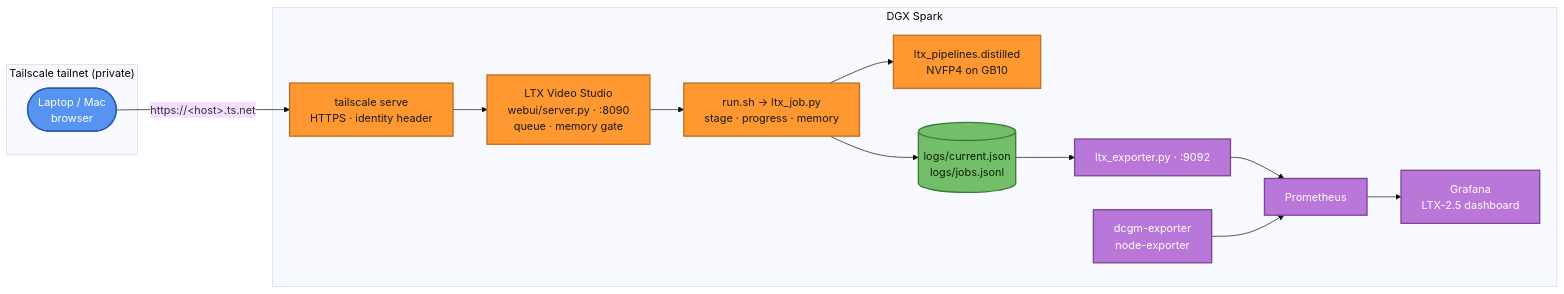
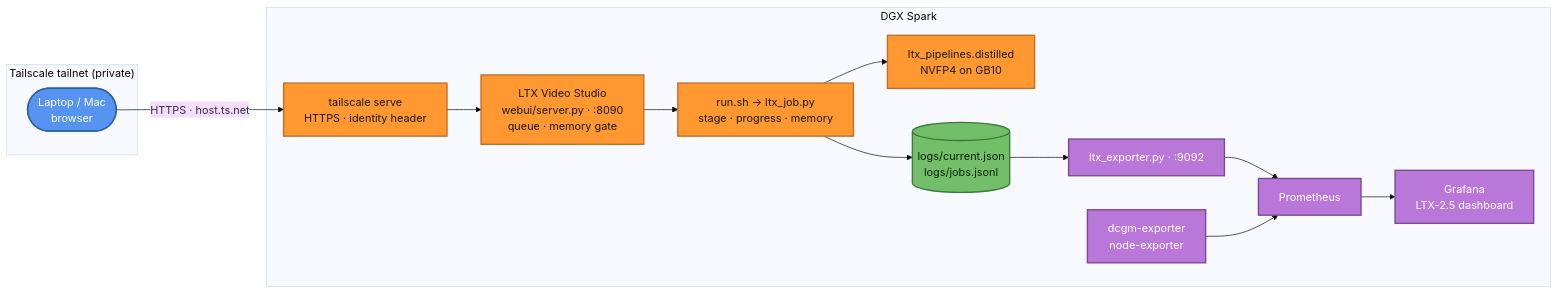
The second of 2 diagrams in README.md (Hitheshkaranth/LTX-2.5_Video_DGX_Spark_Setup), drawn with Mermaid (base theme) before and after one commit.

Commit message:
README: plain-text Mermaid edge label (entities can break GitHub rendering)

````diff
--- a/README.md
+++ b/README.md
@@ -103,30 +103,30 @@
 ```mermaid
 flowchart LR
     subgraph Tailnet["Tailscale tailnet (private)"]
         U1(["Laptop / Mac\nbrowser"])
     end
     subgraph Spark["DGX Spark"]
         TS["tailscale serve\nHTTPS · identity header"]
         UI["LTX Video Studio\nwebui/server.py · :8090\nqueue · memory gate"]
         RUN["run.sh → ltx_job.py\nstage · progress · memory"]
         PIPE["ltx_pipelines.distilled\nNVFP4 on GB10"]
         LOG[("logs/current.json\nlogs/jobs.jsonl")]
         EXP["ltx_exporter.py · :9092"]
         PROM["Prometheus"]
         GF["Grafana\nLTX-2.5 dashboard"]
         DCGM["dcgm-exporter\nnode-exporter"]
     end
 
-    U1 -->|"https://&lt;host&gt;.ts.net"| TS --> UI --> RUN --> PIPE
+    U1 -->|"HTTPS · host.ts.net"| TS --> UI --> RUN --> PIPE
     RUN --> LOG --> EXP --> PROM --> GF
     DCGM --> PROM
 
     classDef user fill:#5794F2,stroke:#2D5FA3,color:#ffffff,stroke-width:2px
     classDef svc fill:#FF9830,stroke:#C46F1F,color:#1a1a1a,stroke-width:2px
     classDef mon fill:#B877D9,stroke:#7A4A93,color:#ffffff,stroke-width:2px
     classDef store fill:#73BF69,stroke:#3F7A39,color:#0a1f08,stroke-width:2px
     class U1 user
     class TS,UI,RUN,PIPE svc
     class EXP,PROM,GF,DCGM mon
     class LOG store
 ```
````
